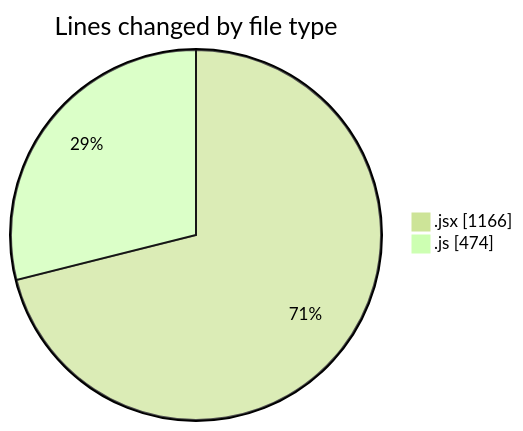
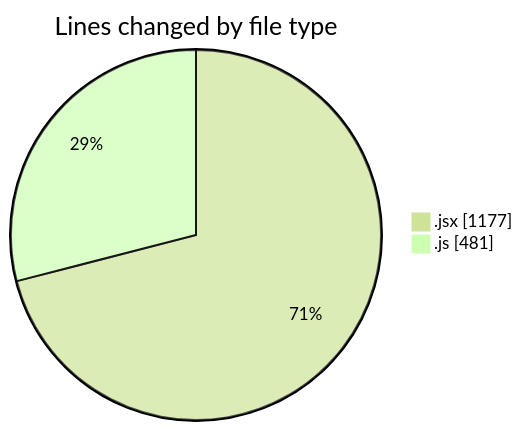
One commit to nxtqubesakshisongat/code-tracking changed the first of 2 diagrams in 2025-08-18/nxtqube_webapp/README.md. Above: the diagram before and after it, drawn with Mermaid (forest theme). The commit also changed other lines of this file and 1 other file, not shown here.

````diff
--- a/2025-08-18/nxtqube_webapp/README.md
+++ b/2025-08-18/nxtqube_webapp/README.md
@@ -24,6 +24,6 @@
 ```mermaid
 pie showData
 title Lines changed by file type
-".jsx" : 1166
-".js" : 474
+".jsx" : 1177
+".js" : 481
 ```
````
